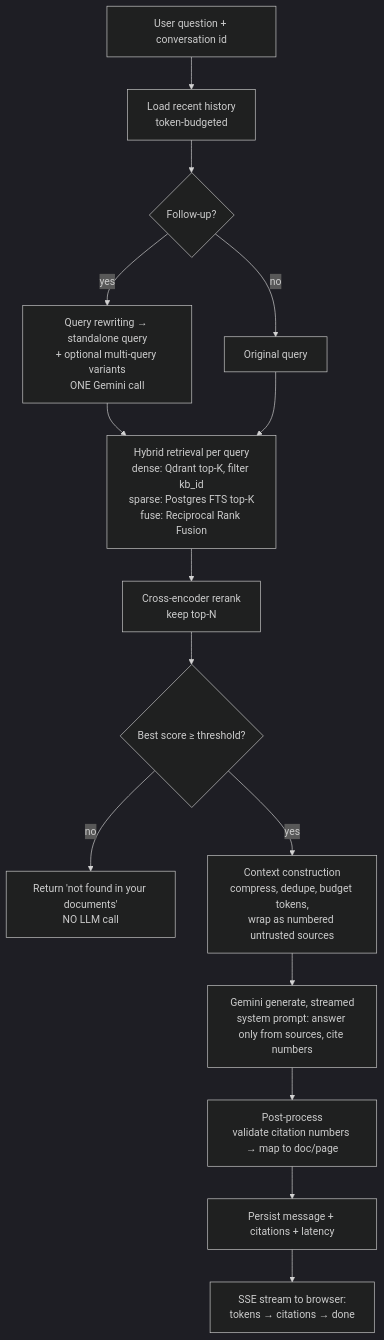
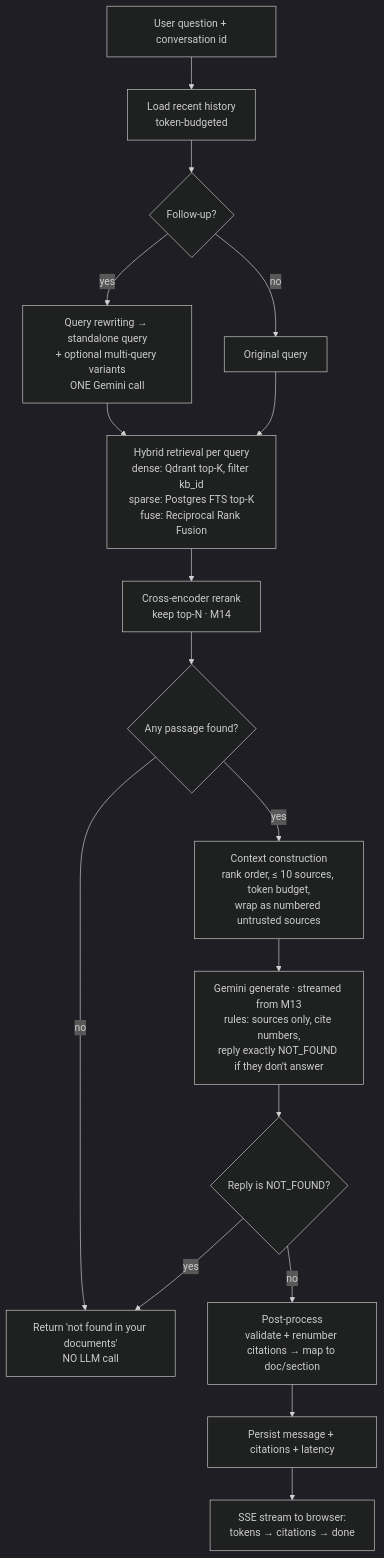
One commit to piccolo3528/enterprise_ai changed the third of 4 diagrams in ARCHITECTURE.md. Above: the diagram before and after it, drawn with Mermaid (dark theme). The commit also changed other lines of this file and 37 other files, not shown here.

````diff
--- a/ARCHITECTURE.md
+++ b/ARCHITECTURE.md
@@ -195,18 +195,20 @@
 ```mermaid
 flowchart TD
     Q[User question + conversation id] --> H[Load recent history<br/>token-budgeted]
     H --> QP{Follow-up?}
     QP -- yes --> RW[Query rewriting → standalone query<br/>+ optional multi-query variants<br/>ONE Gemini call]
     QP -- no --> MQ[Original query]
     RW --> RET
     MQ --> RET
     RET[Hybrid retrieval per query<br/>dense: Qdrant top-K, filter kb_id<br/>sparse: Postgres FTS top-K<br/>fuse: Reciprocal Rank Fusion]
-    RET --> RER[Cross-encoder rerank<br/>keep top-N]
-    RER --> TH{Best score ≥ threshold?}
-    TH -- no --> NF[Return 'not found in your documents'<br/>NO LLM call]
-    TH -- yes --> CB[Context construction<br/>compress, dedupe, budget tokens,<br/>wrap as numbered untrusted sources]
-    CB --> GEN[Gemini generate, streamed<br/>system prompt: answer only from sources, cite numbers]
-    GEN --> POST[Post-process<br/>validate citation numbers → map to doc/page]
+    RET --> RER[Cross-encoder rerank<br/>keep top-N · M14]
+    RER --> ANY{Any passage found?}
+    ANY -- no --> NF[Return 'not found in your documents'<br/>NO LLM call]
+    ANY -- yes --> CB[Context construction<br/>rank order, ≤ 10 sources, token budget,<br/>wrap as numbered untrusted sources]
+    CB --> GEN[Gemini generate · streamed from M13<br/>rules: sources only, cite numbers,<br/>reply exactly NOT_FOUND if they don't answer]
+    GEN --> NFQ{Reply is NOT_FOUND?}
+    NFQ -- yes --> NF
+    NFQ -- no --> POST[Post-process<br/>validate + renumber citations → map to doc/section]
     POST --> SAVE[Persist message + citations + latency]
     SAVE --> OUT[SSE stream to browser:<br/>tokens → citations → done]
 ```
````
